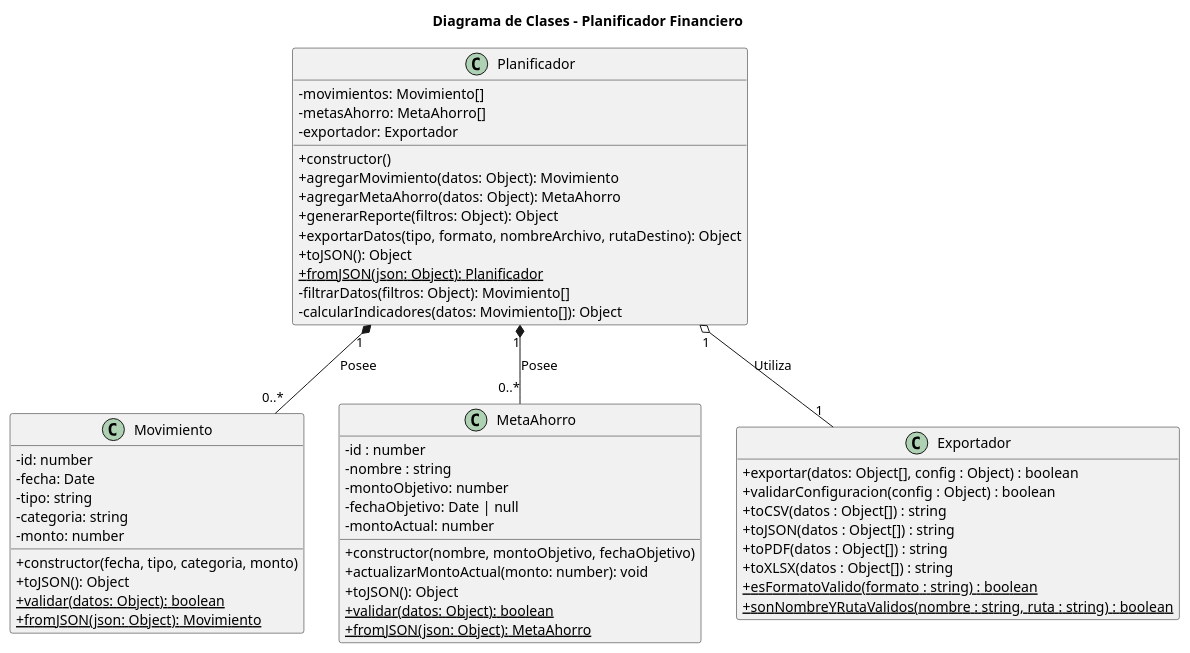
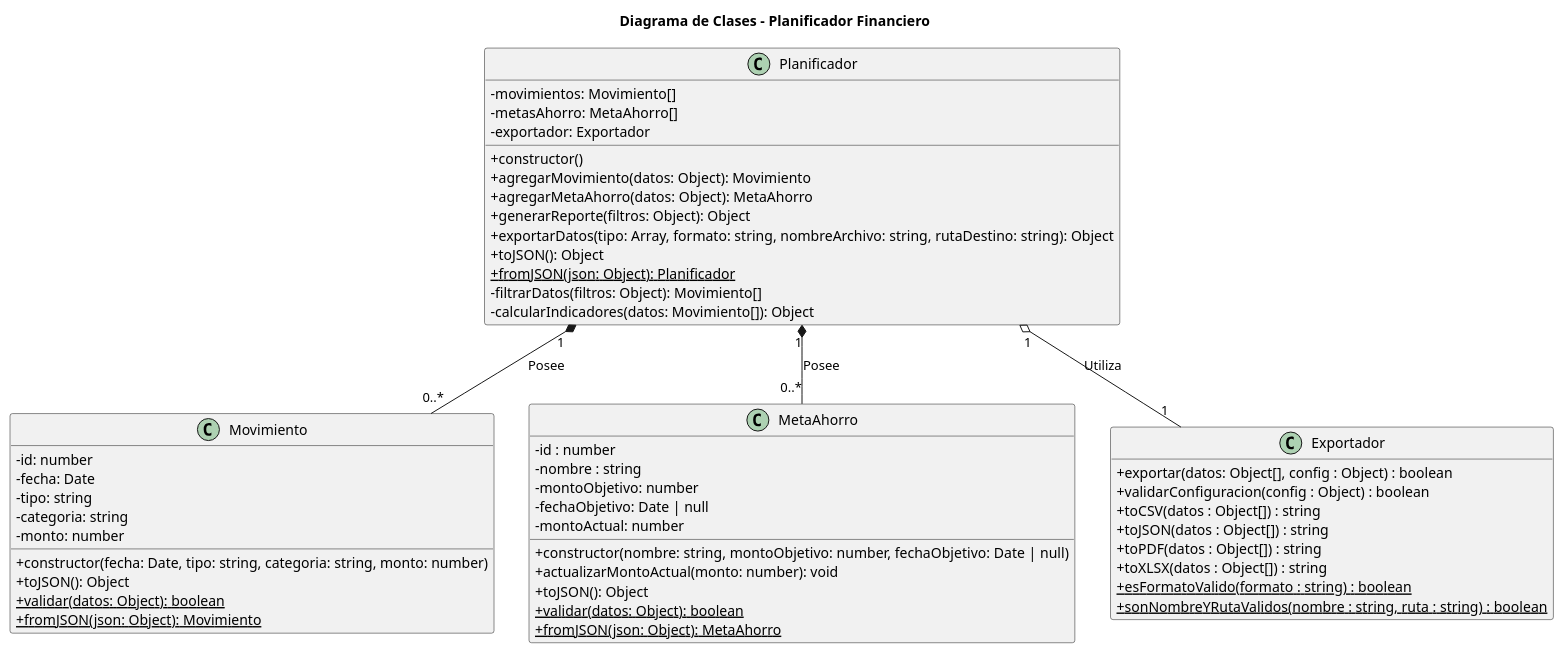
One commit to fioremos/simulador-planificacion-financiera changed the diagram in docs/04-diagramas/02-diagrama-de-clases/diagramas-clases.puml. Above: the diagram before and after it, drawn with PlantUML. The commit also changed 1 other file, not shown here.

Commit message:
Agrego los tipos en el diagrama de clases

```diff
--- a/docs/04-diagramas/02-diagrama-de-clases/diagramas-clases.puml
+++ b/docs/04-diagramas/02-diagrama-de-clases/diagramas-clases.puml
@@ -1,72 +1,72 @@
 @startuml DiagramaClasesPlanificadorFinanciero
 skinparam classAttributeIconSize 0
 hide empty members
 title Diagrama de Clases - Planificador Financiero
 
 ' --- Clases de Dominio (Modelos) ---
 
 class Movimiento {
   - id: number
   - fecha: Date
   - tipo: string
   - categoria: string
   - monto: number
-  + constructor(fecha, tipo, categoria, monto)
+  + constructor(fecha: Date, tipo: string, categoria: string, monto: number)
   + toJSON(): Object
   + {static} validar(datos: Object): boolean
   + {static} fromJSON(json: Object): Movimiento
 }
 class MetaAhorro {
     - id : number
     - nombre : string
     - montoObjetivo: number
     - fechaObjetivo: Date | null
     - montoActual: number
-    + constructor(nombre, montoObjetivo, fechaObjetivo)
+    + constructor(nombre: string, montoObjetivo: number, fechaObjetivo: Date | null)
     + actualizarMontoActual(monto: number): void
     + toJSON(): Object
     + {static} validar(datos: Object): boolean
     + {static} fromJSON(json: Object): MetaAhorro
 }
 class Exportador {
     + exportar(datos: Object[], config : Object) : boolean
     + validarConfiguracion(config : Object) : boolean
     + toCSV(datos : Object[]) : string
     + toJSON(datos : Object[]) : string
     + toPDF(datos : Object[]) : string
     + toXLSX(datos : Object[]) : string
     + {static} esFormatoValido(formato : string) : boolean
     + {static} sonNombreYRutaValidos(nombre : string, ruta : string) : boolean
 }
 
 ' --- Clase de Lógica de Negocio (Gestor) ---
 class Planificador{
     - movimientos: Movimiento[]
     - metasAhorro: MetaAhorro[]
     - exportador: Exportador
     + constructor()
     + agregarMovimiento(datos: Object): Movimiento
     + agregarMetaAhorro(datos: Object): MetaAhorro
     + generarReporte(filtros: Object): Object
-    + exportarDatos(tipo, formato, nombreArchivo, rutaDestino): Object
+    + exportarDatos(tipo: Array, formato: string, nombreArchivo: string, rutaDestino: string): Object
     + toJSON(): Object
     + {static} fromJSON(json: Object): Planificador
     - filtrarDatos(filtros: Object): Movimiento[]
     - calcularIndicadores(datos: Movimiento[]): Object
 }
 ' --- Relaciones ---
 
 ' Relación de Composición:
 ' Un Planificador "posee" una colección de 0 o más Movimientos.
 ' Si se destruye el Planificador, la colección de movimientos también.
 Planificador "1" *-- "0..*" Movimiento : Posee
 
 ' Relación de Composición:
 ' Un Planificador "posee" una colección de 0 o más Metas.
 Planificador "1" *-- "0..*" MetaAhorro : Posee
 
 ' Relación de Composicion:
 ' El planificador utiliza un exportador para manejar la exportación de datos.
 Planificador "1" o-- "1" Exportador : Utiliza
 
 @enduml
```
